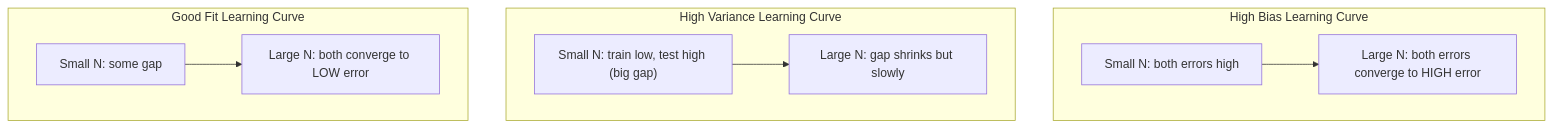
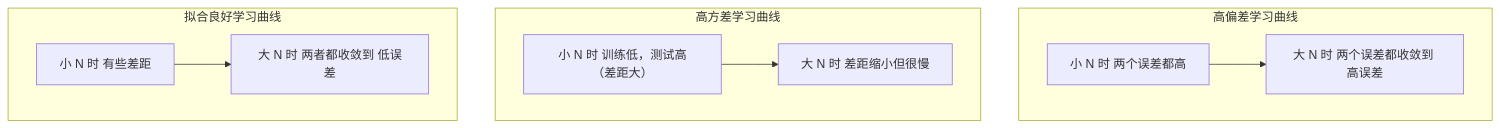
Before and after one commit to JerryC8080/ai-engineering-from-scratch-zh: the fourth of 5 diagrams in phases/02-ml-fundamentals/10-bias-variance/docs/zh.md, drawn with Mermaid. The commit also changed other lines of this file and 156 other files, not shown here.

First line of the commit message:
i18n(zh): translate mermaid diagram labels in 157 lesson zh.md

````diff
--- a/phases/02-ml-fundamentals/10-bias-variance/docs/zh.md
+++ b/phases/02-ml-fundamentals/10-bias-variance/docs/zh.md
@@ -202,23 +202,23 @@
 ```mermaid
 flowchart TD
-    subgraph HB["High Bias Learning Curve"]
+    subgraph HB["高偏差学习曲线"]
         direction LR
-        HB1["Small N: both errors high"]
-        HB2["Large N: both errors converge to HIGH error"]
+        HB1["小 N 时 两个误差都高"]
+        HB2["大 N 时 两个误差都收敛到 高误差"]
         HB1 --> HB2
     end
 
-    subgraph HV["High Variance Learning Curve"]
+    subgraph HV["高方差学习曲线"]
         direction LR
-        HV1["Small N: train low, test high (big gap)"]
-        HV2["Large N: gap shrinks but slowly"]
+        HV1["小 N 时 训练低，测试高（差距大）"]
+        HV2["大 N 时 差距缩小但很慢"]
         HV1 --> HV2
     end
 
-    subgraph GF["Good Fit Learning Curve"]
+    subgraph GF["拟合良好学习曲线"]
         direction LR
-        GF1["Small N: some gap"]
-        GF2["Large N: both converge to LOW error"]
+        GF1["小 N 时 有些差距"]
+        GF2["大 N 时 两者都收敛到 低误差"]
         GF1 --> GF2
     end
 ```
````
